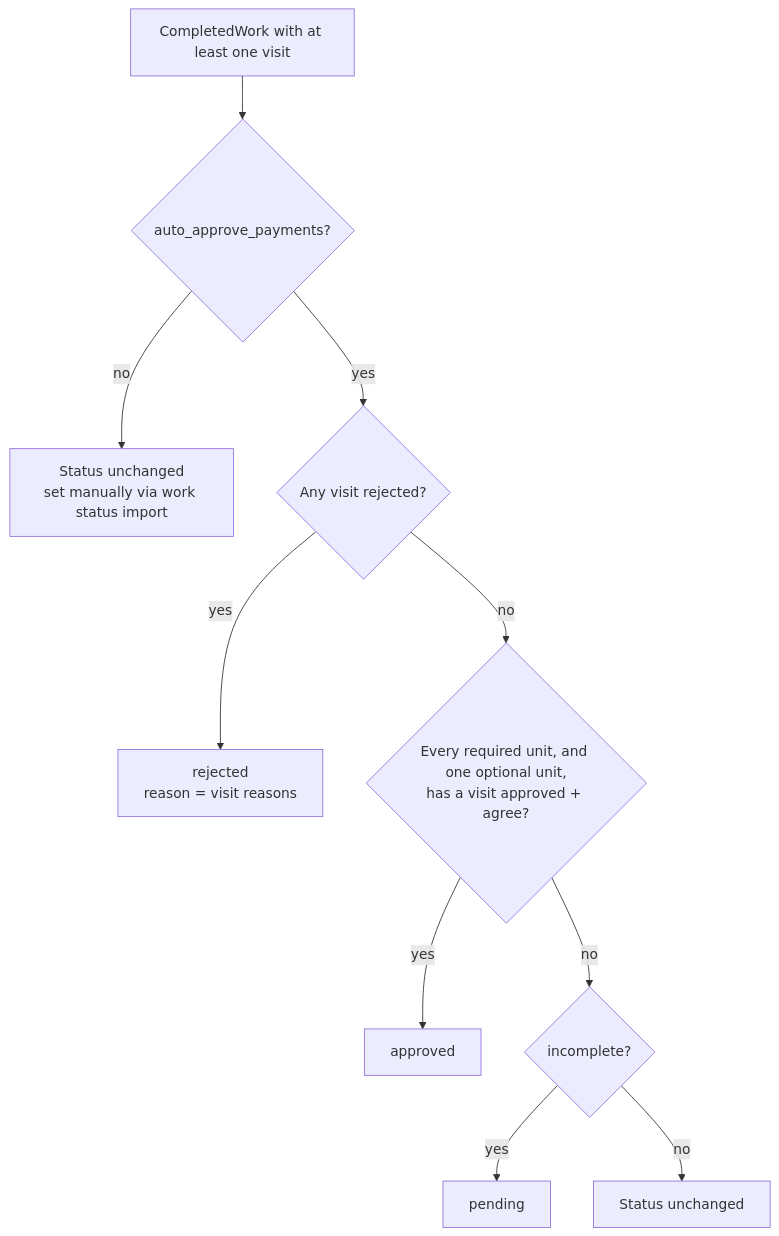
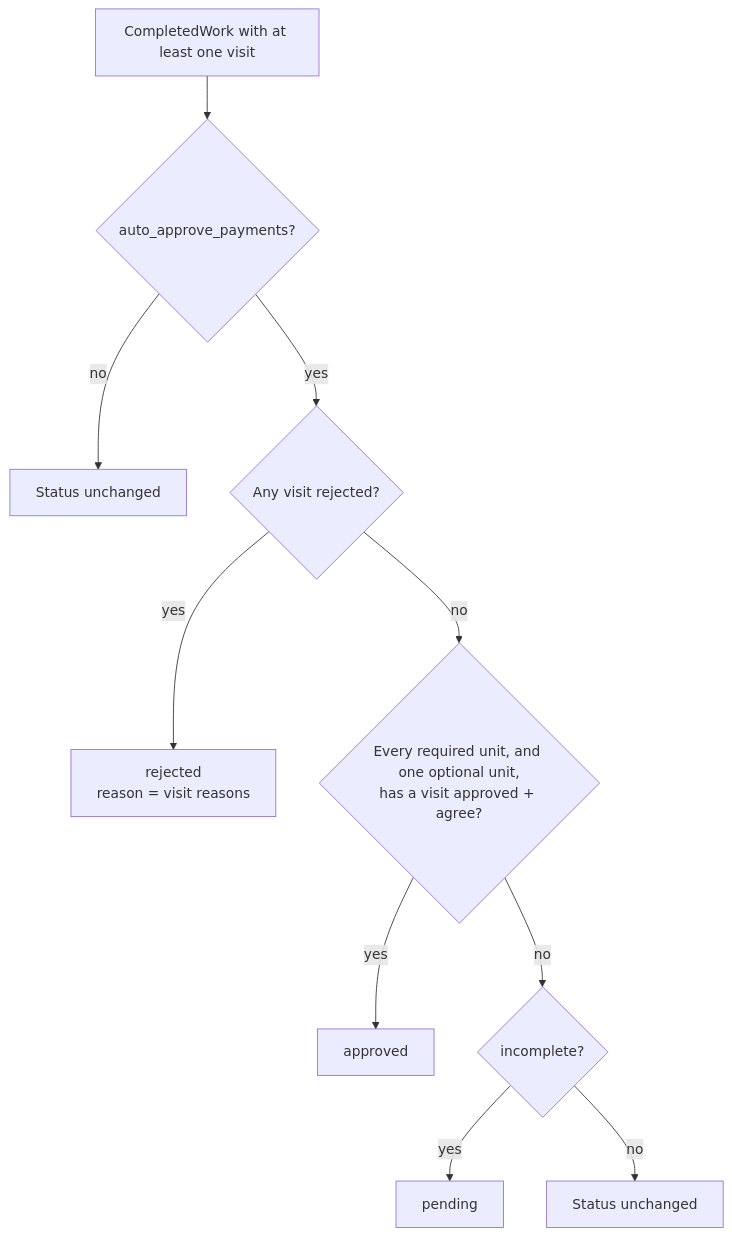
The fourth of 8 diagrams in commcare_connect/opportunity/PAYMENTS.md (dimagi/commcare-connect), drawn with Mermaid before and after one commit. The commit also changed other lines of this file and 9 other files, not shown here.

First line of the commit message:
feat(opportunity)!: remove completed work export and status import

````diff
--- a/commcare_connect/opportunity/PAYMENTS.md
+++ b/commcare_connect/opportunity/PAYMENTS.md
@@ -166,12 +166,12 @@
 ```mermaid
 flowchart TD
     A[CompletedWork with at least one visit] --> B{auto_approve_payments?}
-    B -->|no| K[Status unchanged<br/>set manually via work status import]
+    B -->|no| K[Status unchanged]
     B -->|yes| C{Any visit rejected?}
     C -->|yes| RJ[rejected<br/>reason = visit reasons]
     C -->|no| D{Every required unit, and one optional unit,<br/>has a visit approved + agree?}
     D -->|yes| AP[approved]
     D -->|no| E{incomplete?}
     E -->|yes| PE[pending]
     E -->|no| K2[Status unchanged]
 ```
````
